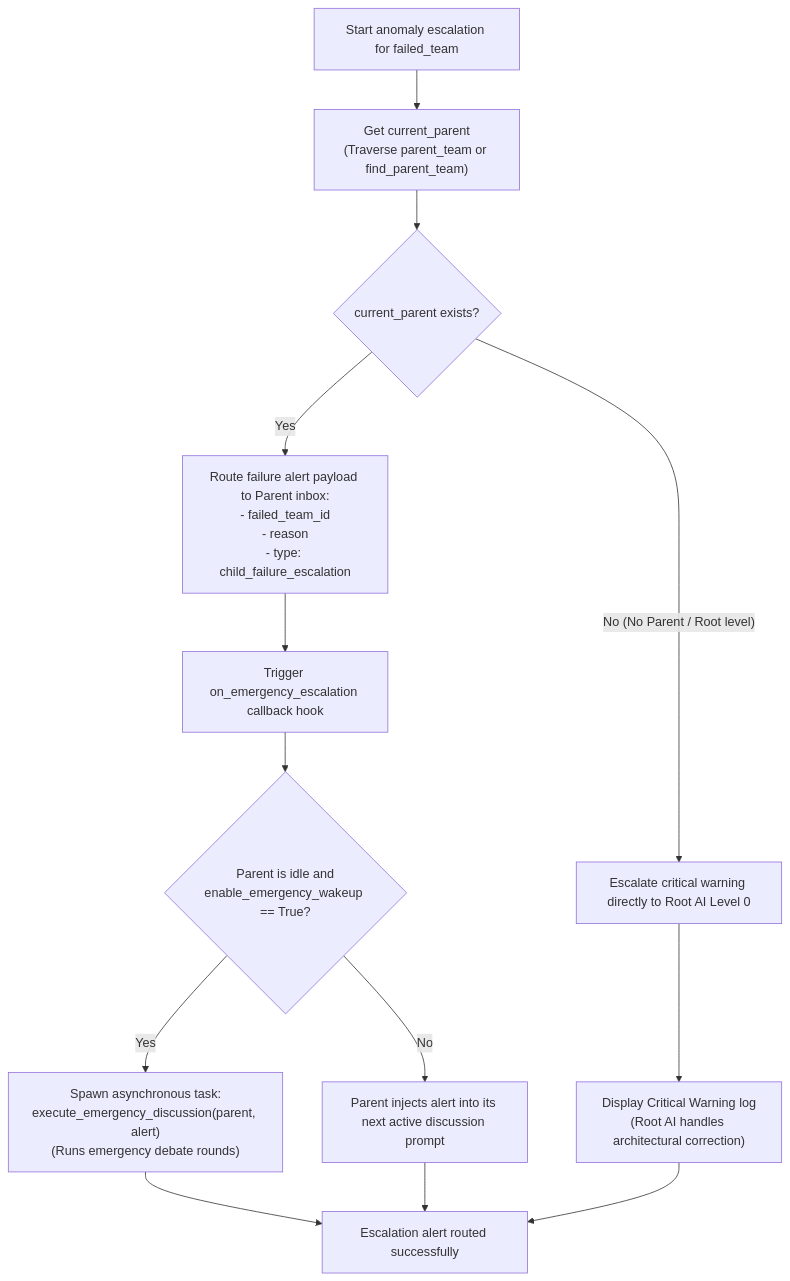
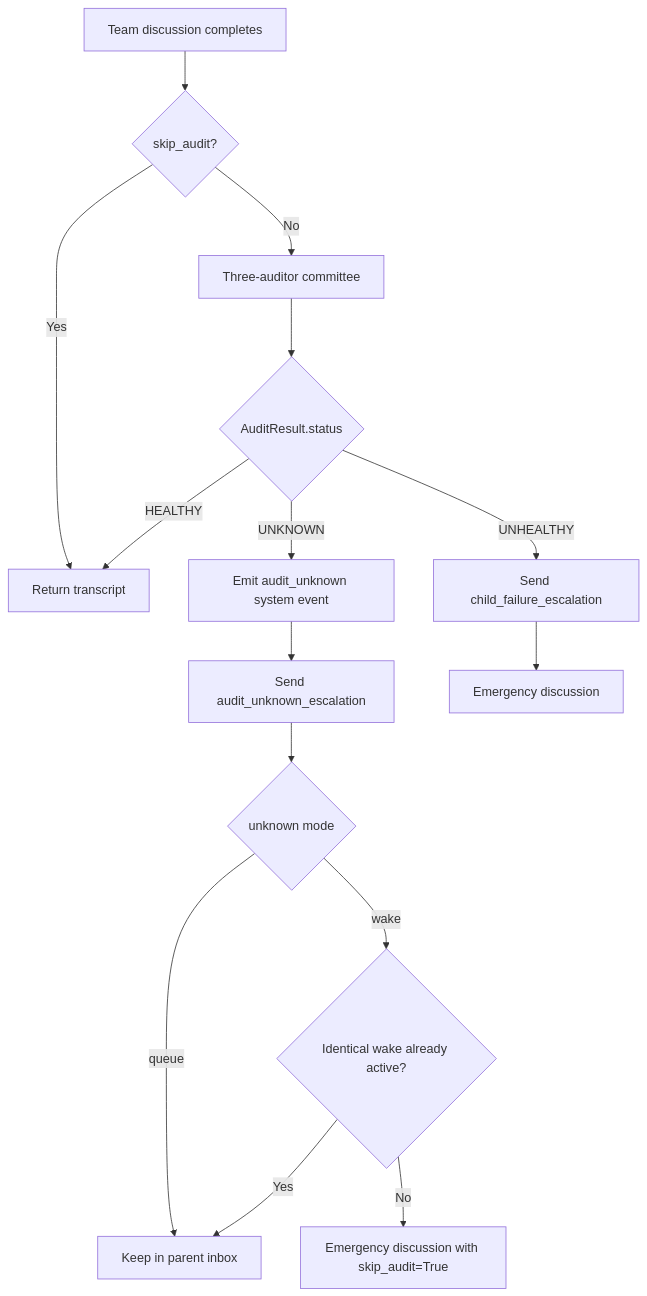
The diagram in docs/flowcharts/Supervision_and_Emergencies.md (AI-Team-Team/AI-Team-Team), drawn with Mermaid before and after one commit. The commit also changed other lines of this file and 38 other files, not shown here.

````diff
--- a/docs/flowcharts/Supervision_and_Emergencies.md
+++ b/docs/flowcharts/Supervision_and_Emergencies.md
@@ -43,21 +3,17 @@
 ```mermaid
 flowchart TD
-    StartClimb["Start anomaly escalation for failed_team"] --> ResolveParent["Get current_parent\n(Traverse parent_team or find_parent_team)"]
-    
-    ResolveParent --> ParentExists{"current_parent exists?"}
-    
-    ParentExists -- "Yes" --> RouteAlert["Route failure alert payload to Parent inbox:\n- failed_team_id\n- reason\n- type: child_failure_escalation"]
-    RouteAlert --> TriggerCallback["Trigger on_emergency_escalation callback hook"]
-    
-    TriggerCallback --> WakeupGate{"Parent is idle and\nenable_emergency_wakeup == True?"}
-    
-    WakeupGate -- "Yes" --> EmergencyDiscussion["Spawn asynchronous task:\nexecute_emergency_discussion(parent, alert)\n(Runs emergency debate rounds)"]
-    WakeupGate -- "No" --> ParentPrepend["Parent injects alert into its next active discussion prompt"]
-    
-    EmergencyDiscussion --> End["Escalation alert routed successfully"]
-    ParentPrepend --> End["Escalation alert routed successfully"]
-    
-    ParentExists -- "No (No Parent / Root level)" --> AlertRootAI["Escalate critical warning directly to Root AI Level 0"]
-    AlertRootAI --> RootAlert["Display Critical Warning log\n(Root AI handles architectural correction)"]
-    RootAlert --> End
+    Discussion["Team discussion completes"] --> Skip{"skip_audit?"}
+    Skip -- "Yes" --> Return["Return transcript"]
+    Skip -- "No" --> Committee["Three-auditor committee"]
+    Committee --> Result{"AuditResult.status"}
+    Result -- "HEALTHY" --> Return
+    Result -- "UNHEALTHY" --> Emergency["Send child_failure_escalation"]
+    Result -- "UNKNOWN" --> Event["Emit audit_unknown system event"]
+    Event --> Unknown["Send audit_unknown_escalation"]
+    Unknown --> Mode{"unknown mode"}
+    Mode -- "queue" --> Inbox["Keep in parent inbox"]
+    Mode -- "wake" --> Dedupe{"Identical wake already active?"}
+    Dedupe -- "Yes" --> Inbox
+    Dedupe -- "No" --> Wake["Emergency discussion with skip_audit=True"]
+    Emergency --> WakeNormal["Emergency discussion"]
 ```
````
